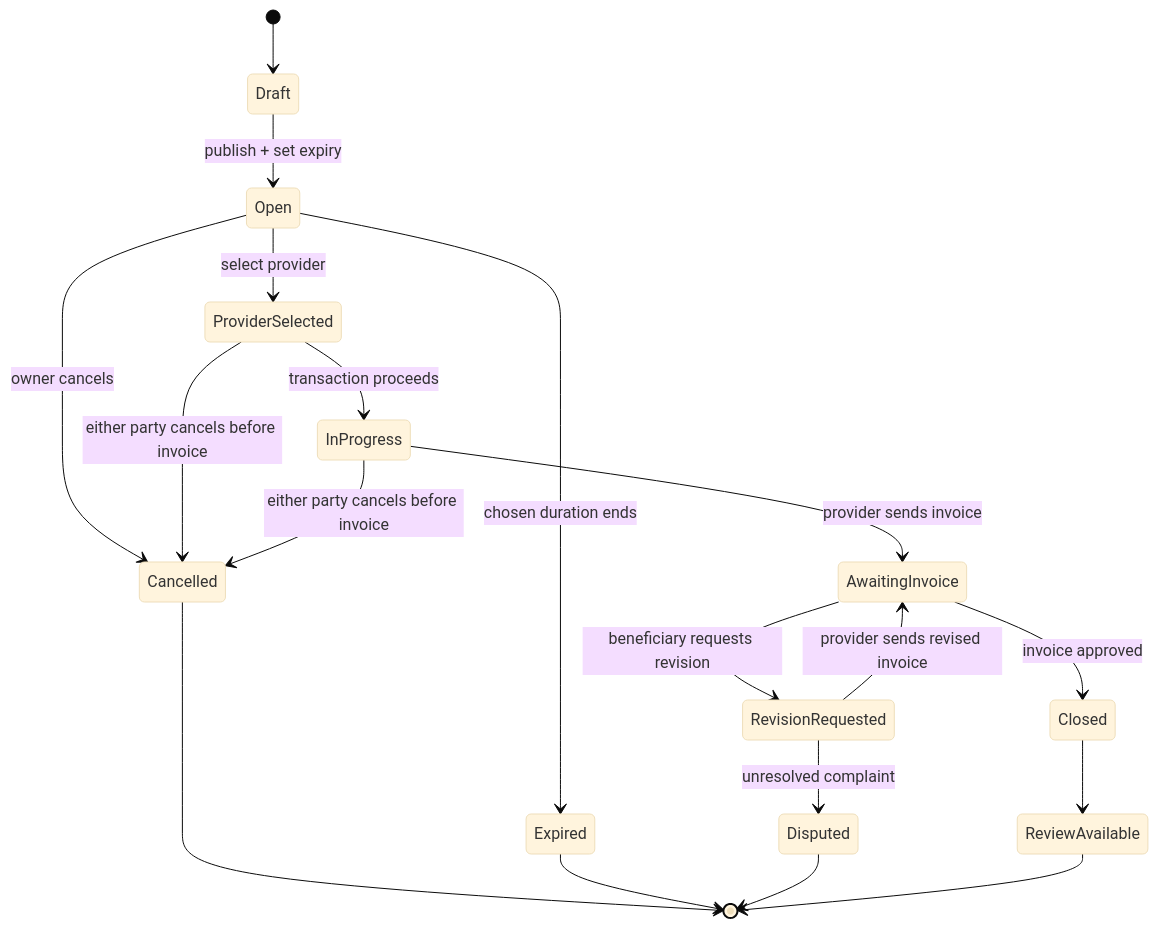
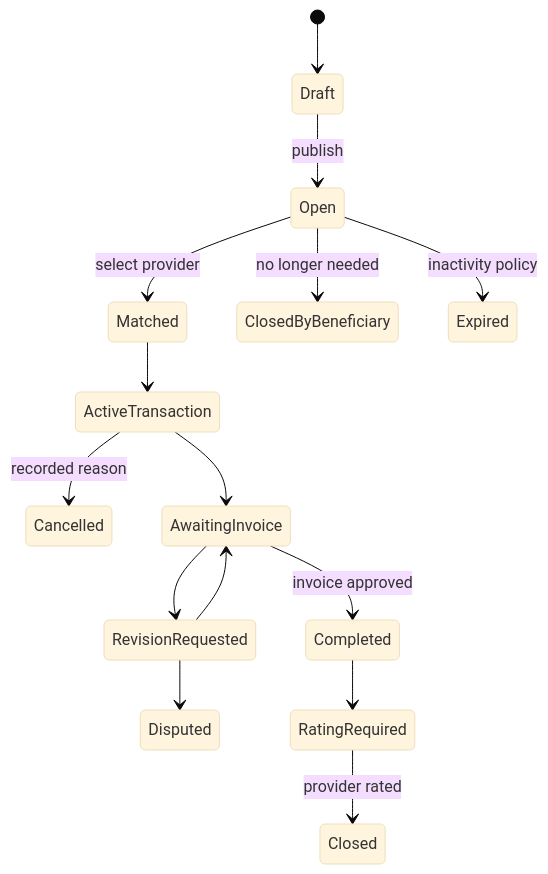
The diagram in docs/03-analysis/17-request-cancellation-expiry.md (Yadd-SanaaUniversityGraduationProject/yadd), drawn with Mermaid (base theme) before and after one commit. The commit also changed other lines of this file, not shown here.

Commit message:
analysis: separate request closure from transaction cancellation

````diff
--- a/docs/03-analysis/17-request-cancellation-expiry.md
+++ b/docs/03-analysis/17-request-cancellation-expiry.md
@@ -45,21 +65,17 @@
 ```mermaid
 stateDiagram-v2
     [*] --> Draft
-    Draft --> Open: publish + set expiry
-    Open --> ProviderSelected: select provider
-    Open --> Cancelled: owner cancels
-    Open --> Expired: chosen duration ends
-    ProviderSelected --> InProgress: transaction proceeds
-    ProviderSelected --> Cancelled: either party cancels before invoice
-    InProgress --> Cancelled: either party cancels before invoice
-    InProgress --> AwaitingInvoice: provider sends invoice
-    AwaitingInvoice --> Closed: invoice approved
-    AwaitingInvoice --> RevisionRequested: beneficiary requests revision
-    RevisionRequested --> AwaitingInvoice: provider sends revised invoice
-    RevisionRequested --> Disputed: unresolved complaint
-    Closed --> ReviewAvailable
-    Cancelled --> [*]
-    Expired --> [*]
-    Disputed --> [*]
-    ReviewAvailable --> [*]
+    Draft --> Open: publish
+    Open --> Matched: select provider
+    Open --> ClosedByBeneficiary: no longer needed
+    Open --> Expired: inactivity policy
+    Matched --> ActiveTransaction
+    ActiveTransaction --> Cancelled: recorded reason
+    ActiveTransaction --> AwaitingInvoice
+    AwaitingInvoice --> RevisionRequested
+    RevisionRequested --> AwaitingInvoice
+    RevisionRequested --> Disputed
+    AwaitingInvoice --> Completed: invoice approved
+    Completed --> RatingRequired
+    RatingRequired --> Closed: provider rated
 ```
````
